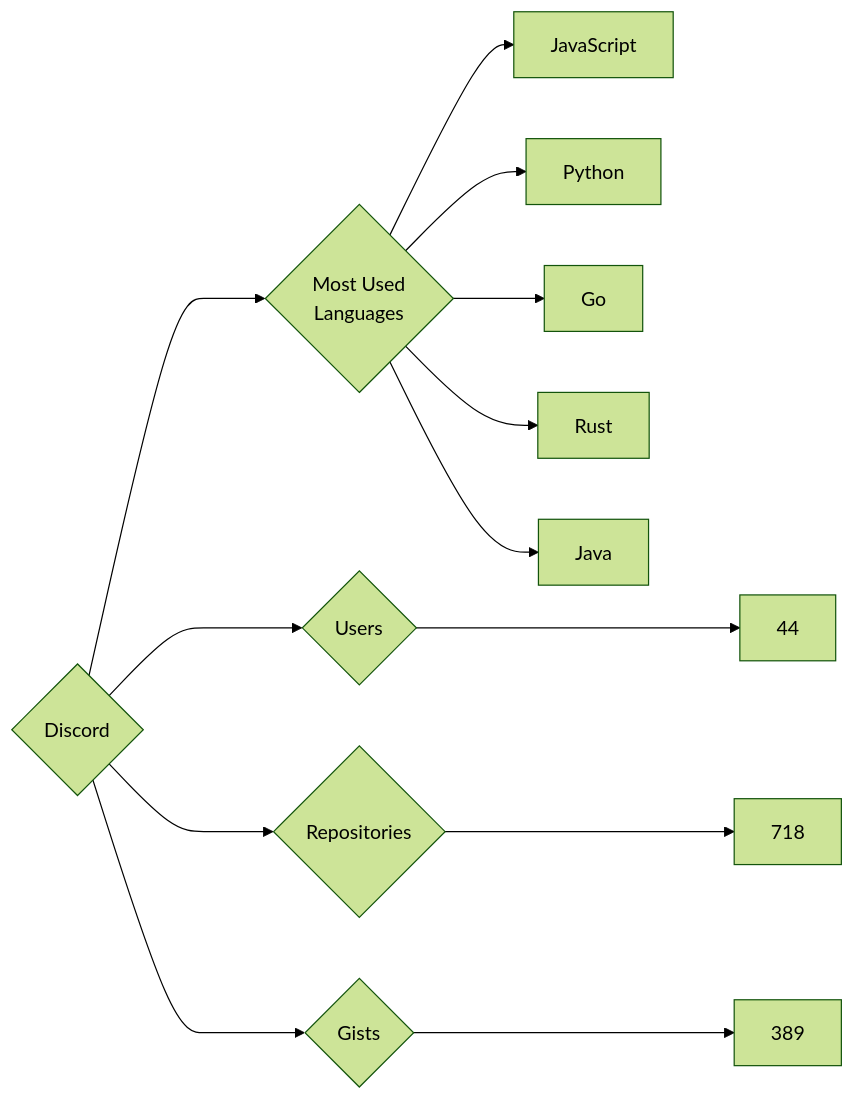
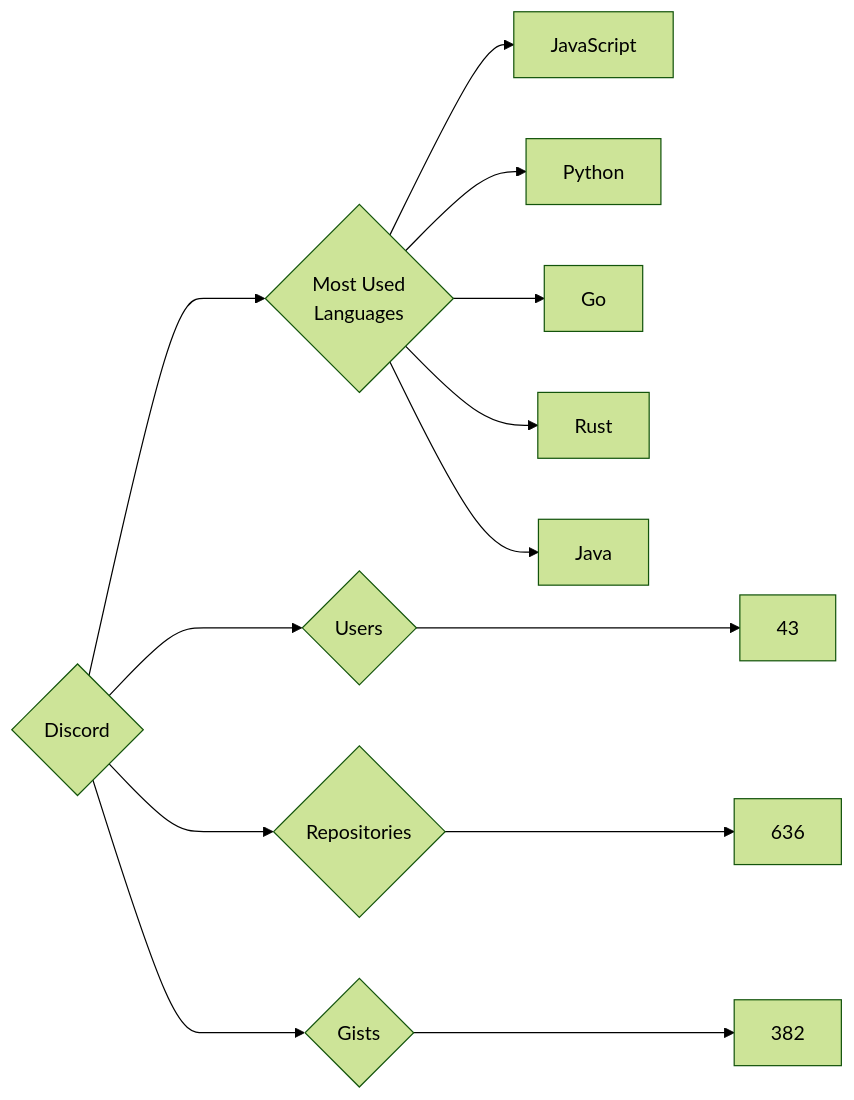
The diagram in targets/Discord/README.md (trickest/insiders), drawn with Mermaid (forest theme) before and after one commit. The commit also changed 845 other files, not shown here.

````diff
--- a/targets/Discord/README.md
+++ b/targets/Discord/README.md
@@ -3,13 +3,13 @@
 ```mermaid
 graph LR
 COMPANY_NAME{Discord}
-COMPANY_NAME ---> U{Users} ---> UN[44]
-COMPANY_NAME ---> R{Repositories} ---> RN[718]
-COMPANY_NAME ---> G{Gists} ---> GN[389]
+COMPANY_NAME ---> U{Users} ---> UN[43]
+COMPANY_NAME ---> R{Repositories} ---> RN[636]
+COMPANY_NAME ---> G{Gists} ---> GN[382]
 COMPANY_NAME ---> ML{Most Used<br>Languages}
 ML --> JavaScript[JavaScript]
 ML --> Python[Python]
 ML --> Go[Go]
 ML --> Rust[Rust]
 ML --> Java[Java]
 ```
````
